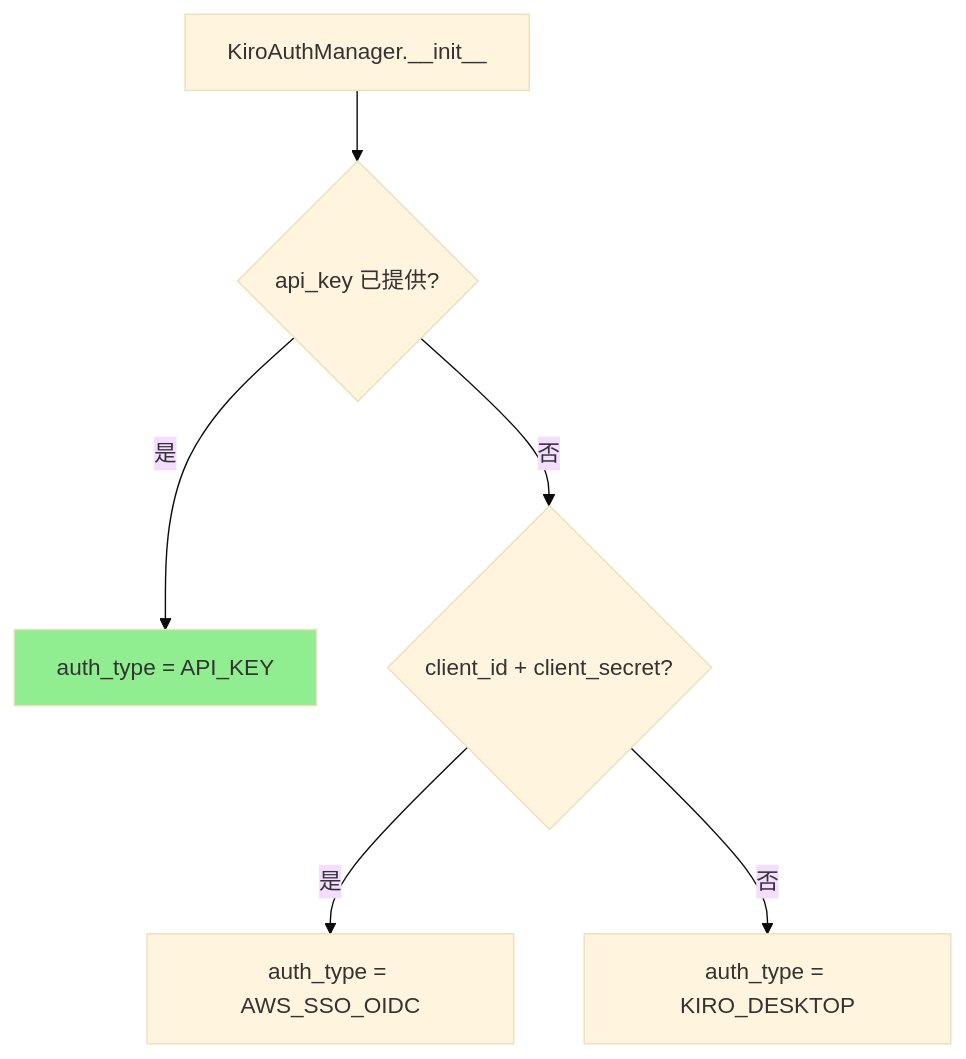
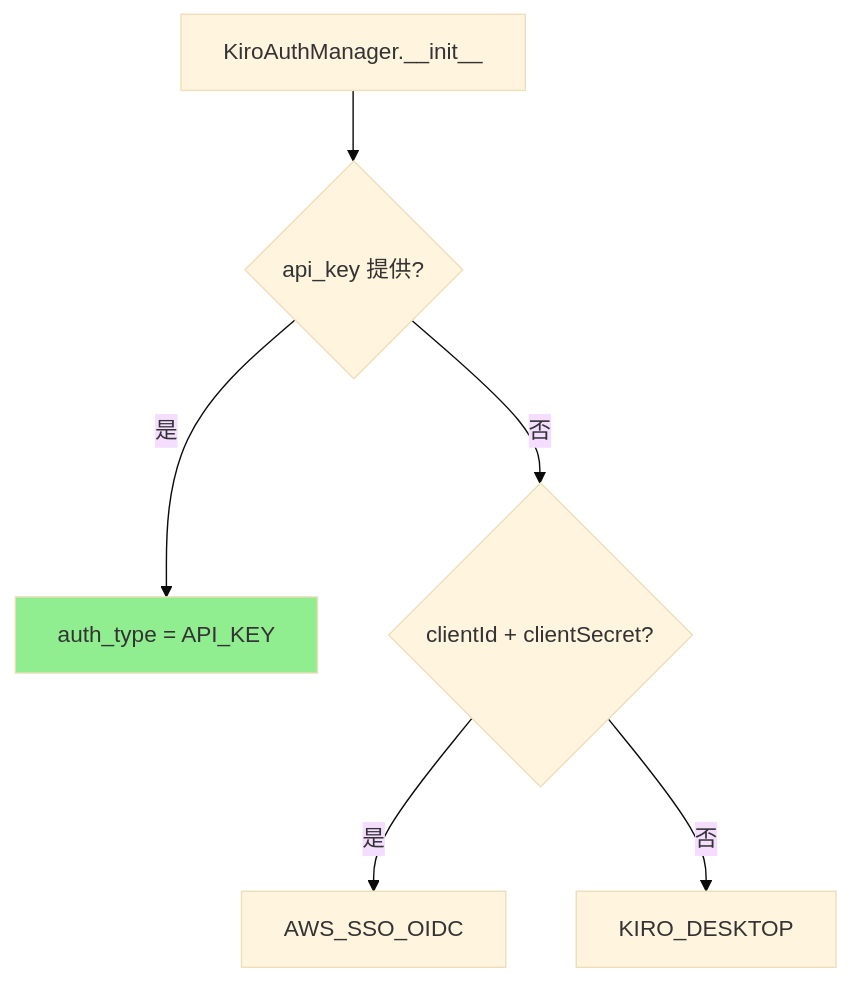
The fourth of 5 diagrams in docs/zh/API_KEY_AUTH_DESIGN.md (liangyimingcom/kiro-gateway_jwadow), drawn with Mermaid (base theme) before and after one commit. The commit also changed other lines of this file and 6 other files, not shown here.

First line of the commit message:
feat(auth): API key as session credential - explicit profile_arn + skip ListAvailableModels

````diff
--- a/docs/zh/API_KEY_AUTH_DESIGN.md
+++ b/docs/zh/API_KEY_AUTH_DESIGN.md
@@ -330,10 +114,9 @@
 ```mermaid
 flowchart TD
-    INIT["KiroAuthManager.__init__"] --> CHECK1{api_key 已提供?}
-    CHECK1 -->|是| API_KEY["auth_type = API_KEY"]
-    CHECK1 -->|否| CHECK2{client_id + client_secret?}
-    CHECK2 -->|是| OIDC["auth_type = AWS_SSO_OIDC"]
-    CHECK2 -->|否| DESKTOP["auth_type = KIRO_DESKTOP"]
-
-    style API_KEY fill:#90EE90
+    INIT[KiroAuthManager.__init__] --> C1{api_key 提供?}
+    C1 -->|是| AK[auth_type = API_KEY]
+    C1 -->|否| C2{clientId + clientSecret?}
+    C2 -->|是| OIDC[AWS_SSO_OIDC]
+    C2 -->|否| DESK[KIRO_DESKTOP]
+    style AK fill:#90EE90
 ```
````
